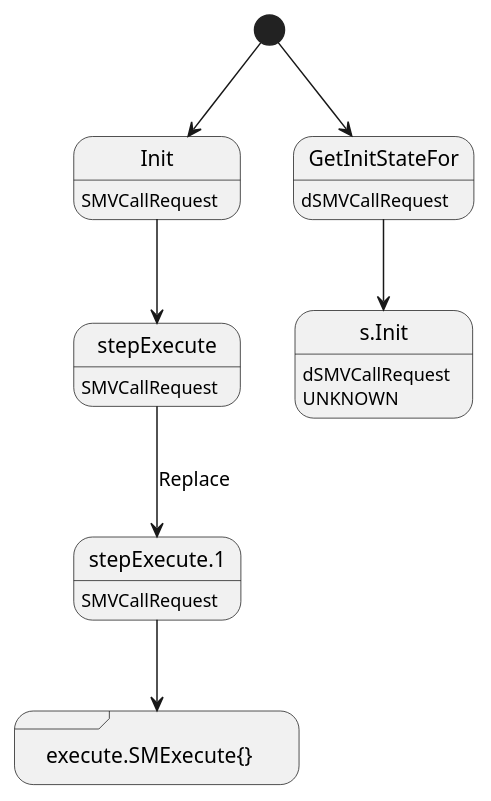
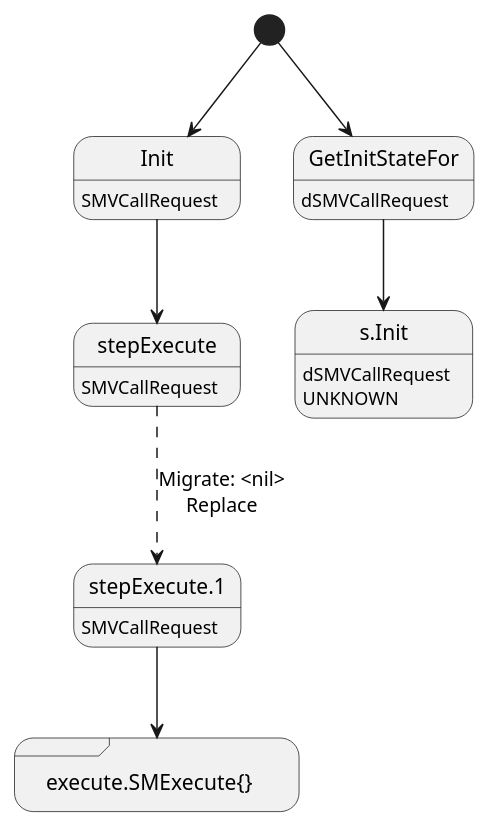
Before and after one commit to insolar/assured-ledger: the diagram in ledger-core/virtual/handlers/vcallrequest.plantuml, drawn with PlantUML. The commit also changed 15 other files, not shown here.

Commit message:
UML Update

```diff
--- a/ledger-core/virtual/handlers/vcallrequest.plantuml
+++ b/ledger-core/virtual/handlers/vcallrequest.plantuml
@@ -1,20 +1,20 @@
 @startuml
 state "Init" as T01_S001
 T01_S001 : SMVCallRequest
 [*] --> T01_S001
 T01_S001 --> T01_S002
 state "execute.SMExecute{}" as T01_S004 <<sdlreceive>>
 state "stepExecute" as T01_S002
 T01_S002 : SMVCallRequest
-T01_S002 --> T01_S003 : Replace
+T01_S002 --[dashed]> T01_S003 : Migrate: <nil>\nReplace
 state "stepExecute.1" as T01_S003
 T01_S003 : SMVCallRequest
 T01_S003 --> T01_S004
 state "GetInitStateFor" as T00_S001
 T00_S001 : dSMVCallRequest
 [*] --> T00_S001
 state "s.Init" as T00_U001
 T00_U001 : dSMVCallRequest
 T00_U001 : UNKNOWN 
 T00_S001 --> T00_U001
 @enduml
```
